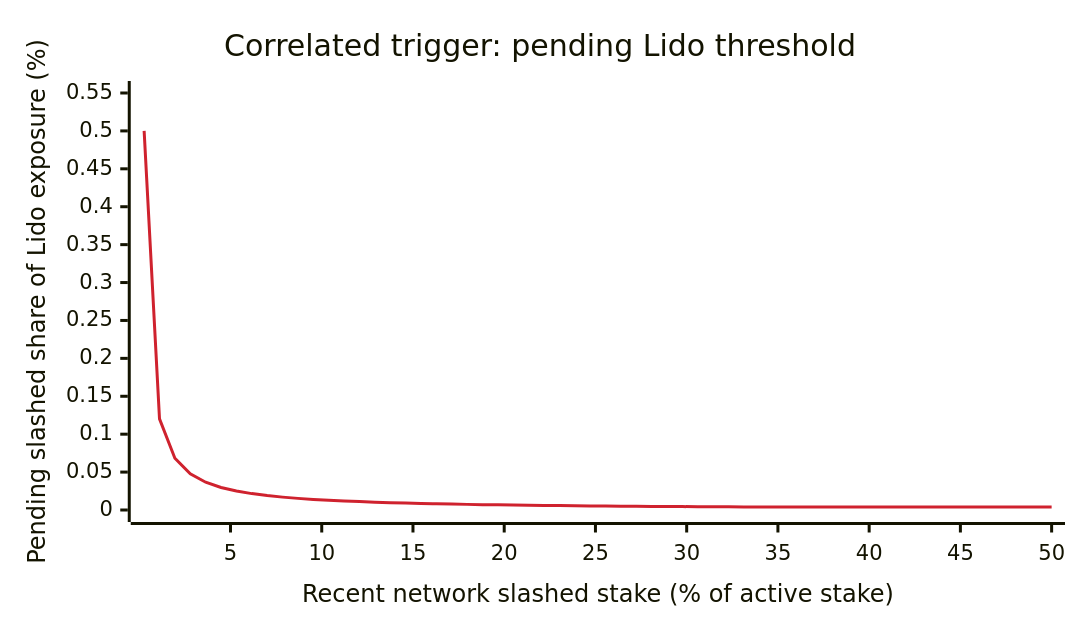
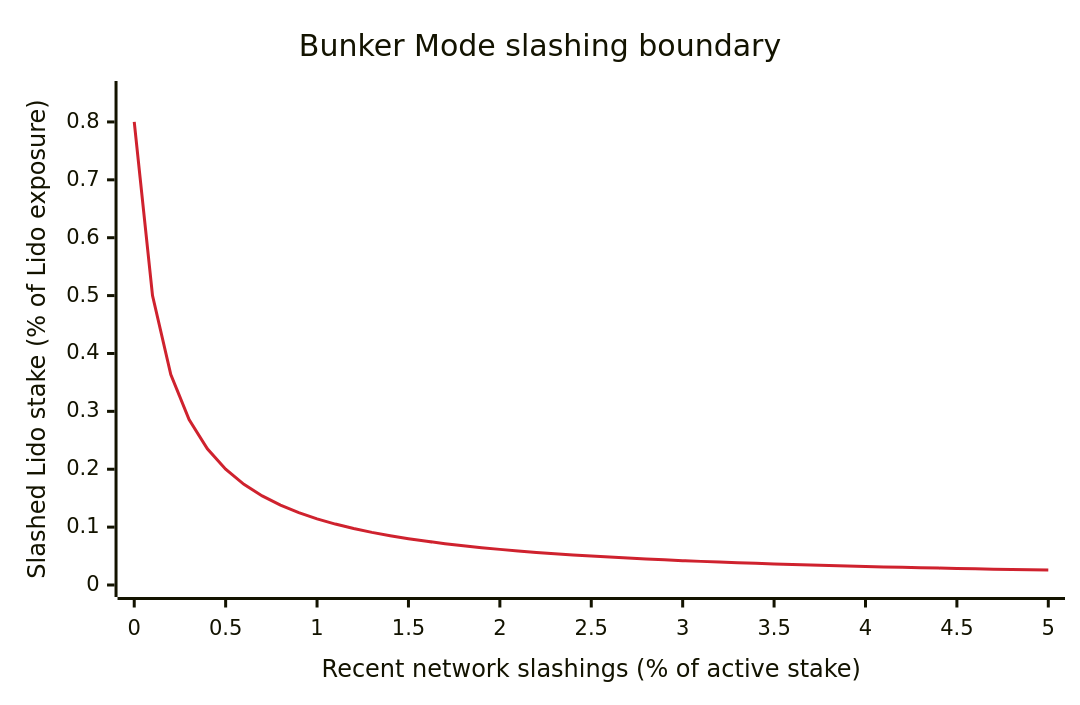
The diagram in LIPS/lip-41.md (lidofinance/lido-improvement-proposals), drawn with Mermaid before and after one commit. The commit also changed other lines of this file, not shown here.

Commit message:
refactor: simplify Bunker Mode activation and finalization logic with current-state checks

````diff
--- a/LIPS/lip-41.md
+++ b/LIPS/lip-41.md
@@ -181,15 +156,15 @@
 ```mermaid
 ---
 config:
   xyChart:
-    height: 400
+    height: 450
   themeVariables:
     xyChart:
       plotColorPalette: "#cf222e"
 ---
 xychart
-    title "Correlated trigger: pending Lido threshold"
-    x-axis "Recent network slashed stake (% of active stake)" 0.266667 --> 50
-    y-axis "Pending slashed share of Lido exposure (%)" 0 --> 0.55
-    line [0.5, 0.120163, 0.068287, 0.047696, 0.036646, 0.029753, 0.025042, 0.02162, 0.01902, 0.016978, 0.015333, 0.013978, 0.012843, 0.011878, 0.011049, 0.010327, 0.009694, 0.009135, 0.008636, 0.008189, 0.007786, 0.00742, 0.007088, 0.006784, 0.006505, 0.006248, 0.006011, 0.005791, 0.005586, 0.005396, 0.005218, 0.005051, 0.004895, 0.004748, 0.004609, 0.004479, 0.004356, 0.004239, 0.004128, 0.004023, 0.004, 0.004, 0.004, 0.004, 0.004, 0.004, 0.004, 0.004, 0.004, 0.004, 0.004, 0.004, 0.004, 0.004, 0.004, 0.004, 0.004, 0.004, 0.004, 0.004]
+    title "Bunker Mode slashing boundary"
+    x-axis "Recent network slashings (% of active stake)" 0 --> 5
+    y-axis "Slashed Lido stake (% of Lido exposure)" 0 --> 0.85
+    line [0.8, 0.5, 0.363636, 0.285714, 0.235294, 0.2, 0.173913, 0.153846, 0.137931, 0.125, 0.114286, 0.105263, 0.097561, 0.090909, 0.085106, 0.08, 0.075472, 0.071429, 0.067797, 0.064516, 0.061538, 0.058824, 0.056338, 0.054054, 0.051948, 0.05, 0.048193, 0.046512, 0.044944, 0.043478, 0.042105, 0.040816, 0.039604, 0.038462, 0.037383, 0.036364, 0.035398, 0.034483, 0.033613, 0.032787, 0.032, 0.03125, 0.030534, 0.029851, 0.029197, 0.028571, 0.027972, 0.027397, 0.026846, 0.026316, 0.025806]
 ```
````
